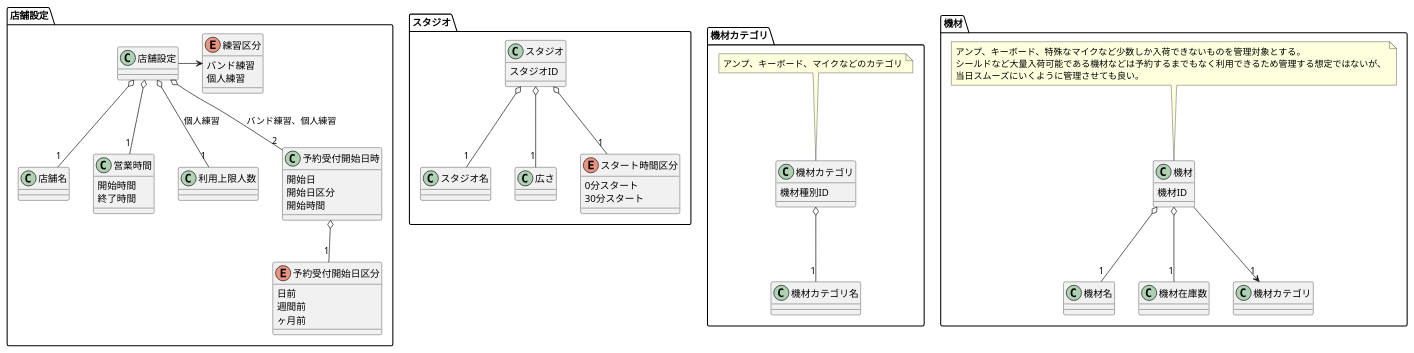
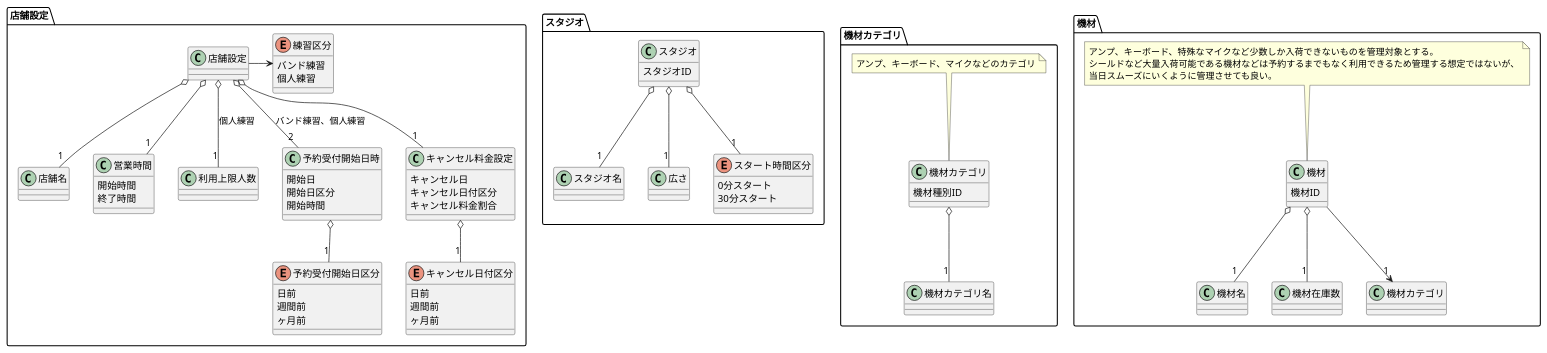
Before and after one commit to TakashiOnawa/ddd-practice-studio-reservation: the diagram in modeling/07_DomainModel_設備管理.pu, drawn with PlantUML. The commit also changed 4 other files, not shown here.

```diff
--- a/modeling/07_DomainModel_設備管理.pu
+++ b/modeling/07_DomainModel_設備管理.pu
@@ -1,87 +1,100 @@
 @startuml DomainModel
 
 package 店舗設定 {
     class 店舗設定
     
     class 店舗名
 
     class 営業時間 {
         開始時間
         終了時間
     }
 
     enum 練習区分 {
         バンド練習
         個人練習
     }
     
     class 利用上限人数
 
     class 予約受付開始日時 {
         開始日
         開始日区分
         開始時間
     }
     enum 予約受付開始日区分 {
         日前
         週間前
         ヶ月前
     }
     予約受付開始日時 o-- "1" 予約受付開始日区分
 
+    class キャンセル料金設定 {
+        キャンセル日
+        キャンセル日付区分
+        キャンセル料金割合
+    }
+    enum キャンセル日付区分 {
+        日前
+        週間前
+        ヶ月前
+    }
+    キャンセル料金設定 o-- "1" キャンセル日付区分
+
     店舗設定 o-- "1" 店舗名
     店舗設定 o-- "1" 営業時間
     店舗設定 o-- "2" 予約受付開始日時 : バンド練習、個人練習
     店舗設定 o-- "1" 利用上限人数 : 個人練習
+    店舗設定 o-- "1" キャンセル料金設定
     店舗設定 -> 練習区分
 }
 
 package スタジオ {
     class スタジオ {
         スタジオID
     }
 
     class スタジオ名
     class 広さ
 
     enum スタート時間区分 {
         0分スタート
         30分スタート
     }
 
     スタジオ o-- "1" スタジオ名
     スタジオ o-- "1" 広さ
     スタジオ o-- "1" スタート時間区分
 }
 
 package 機材カテゴリ {
     class 機材カテゴリ {
         機材種別ID
     }
     class 機材カテゴリ名
     機材カテゴリ o-- "1" 機材カテゴリ名
 
     note top of 機材カテゴリ
     アンプ、キーボード、マイクなどのカテゴリ
     end note
 }
 
 package 機材 {
     class 機材 {
         機材ID
     }
     class 機材名
     class 機材在庫数
     
     機材 --> "1" 機材カテゴリ
     機材 o-- "1" 機材名
     機材 o-- "1" 機材在庫数
 
     note top of 機材
     アンプ、キーボード、特殊なマイクなど少数しか入荷できないものを管理対象とする。
     シールドなど大量入荷可能である機材などは予約するまでもなく利用できるため管理する想定ではないが、
     当日スムーズにいくように管理させても良い。
     end note
 }
 
 @enduml
```
